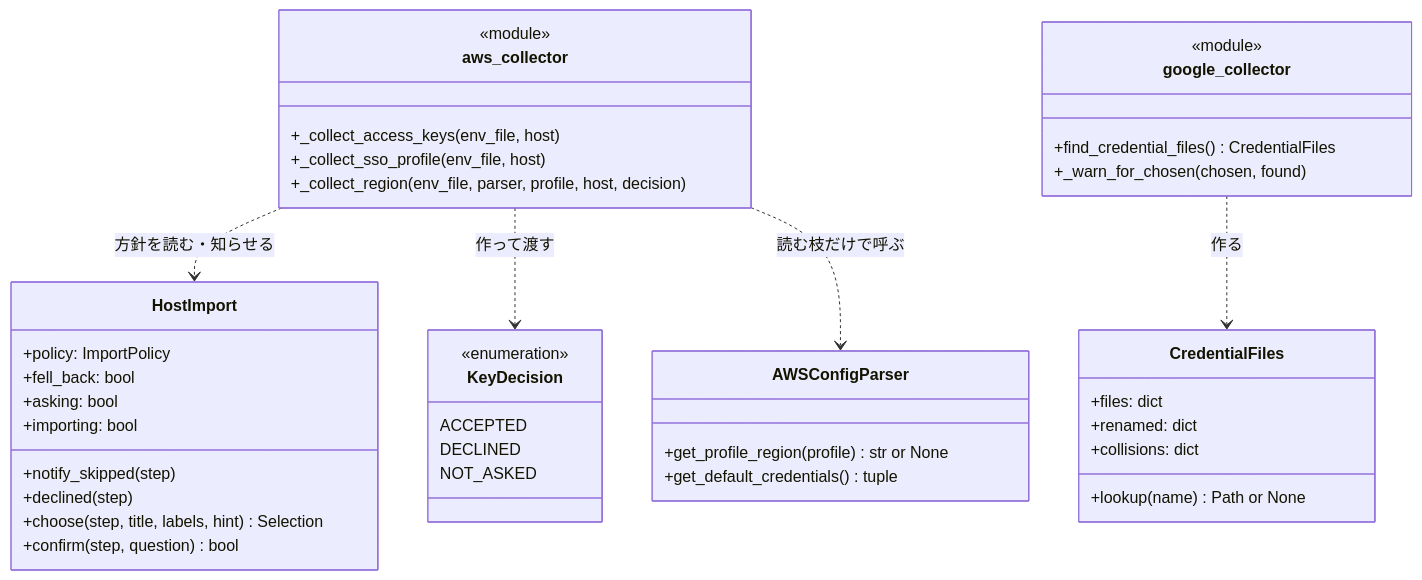
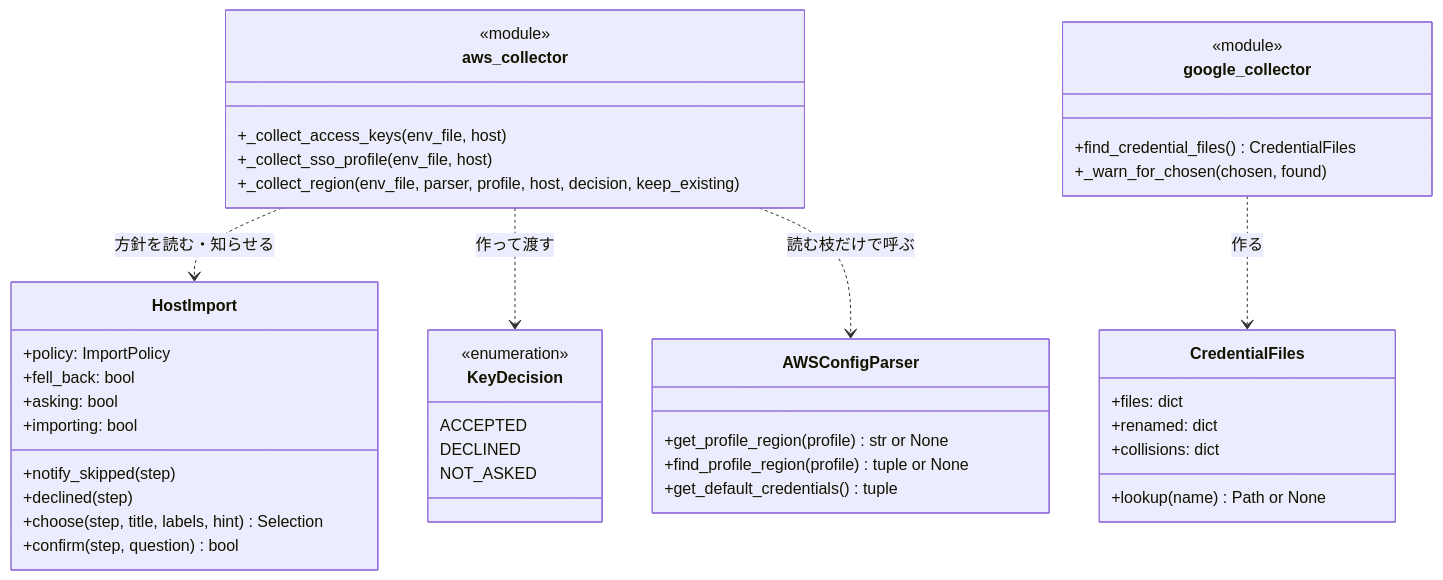
One commit to devbasex/devbase changed the third of 6 diagrams in issues/issue-334-design.md. Above: the diagram before and after it, drawn with Mermaid. The commit also changed other lines of this file and 1 other file, not shown here.

Commit message:
docs(#334): 参照の region を残すのを方法 3 に限り、節の名前を返す find_profile_region を設計に置く

````diff
--- a/issues/issue-334-design.md
+++ b/issues/issue-334-design.md
@@ -215,44 +217,45 @@
 ```mermaid
 classDiagram
     class HostImport {
         +policy: ImportPolicy
         +fell_back: bool
         +asking: bool
         +importing: bool
         +notify_skipped(step)
         +declined(step)
         +choose(step, title, labels, hint) Selection
         +confirm(step, question) bool
     }
     class KeyDecision {
         <<enumeration>>
         ACCEPTED
         DECLINED
         NOT_ASKED
     }
     class CredentialFiles {
         +files: dict
         +renamed: dict
         +collisions: dict
         +lookup(name) Path or None
     }
     class AWSConfigParser {
         +get_profile_region(profile) str or None
+        +find_profile_region(profile) tuple or None
         +get_default_credentials() tuple
     }
     class aws_collector {
         <<module>>
         +_collect_access_keys(env_file, host)
         +_collect_sso_profile(env_file, host)
-        +_collect_region(env_file, parser, profile, host, decision)
+        +_collect_region(env_file, parser, profile, host, decision, keep_existing)
     }
     class google_collector {
         <<module>>
         +find_credential_files() CredentialFiles
         +_warn_for_chosen(chosen, found)
     }
     aws_collector ..> HostImport : 方針を読む・知らせる
     aws_collector ..> KeyDecision : 作って渡す
     aws_collector ..> AWSConfigParser : 読む枝だけで呼ぶ
     google_collector ..> CredentialFiles : 作る
 ```
````
